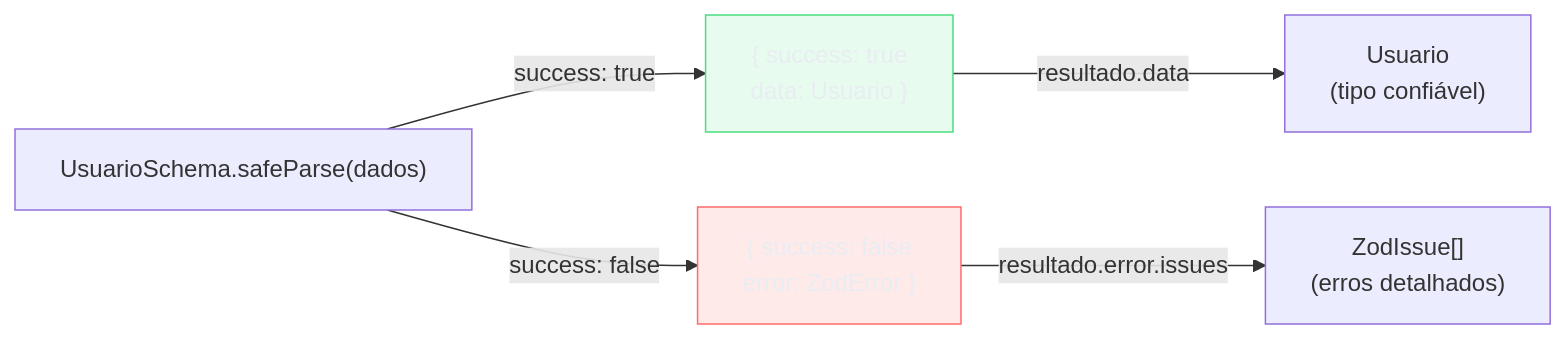
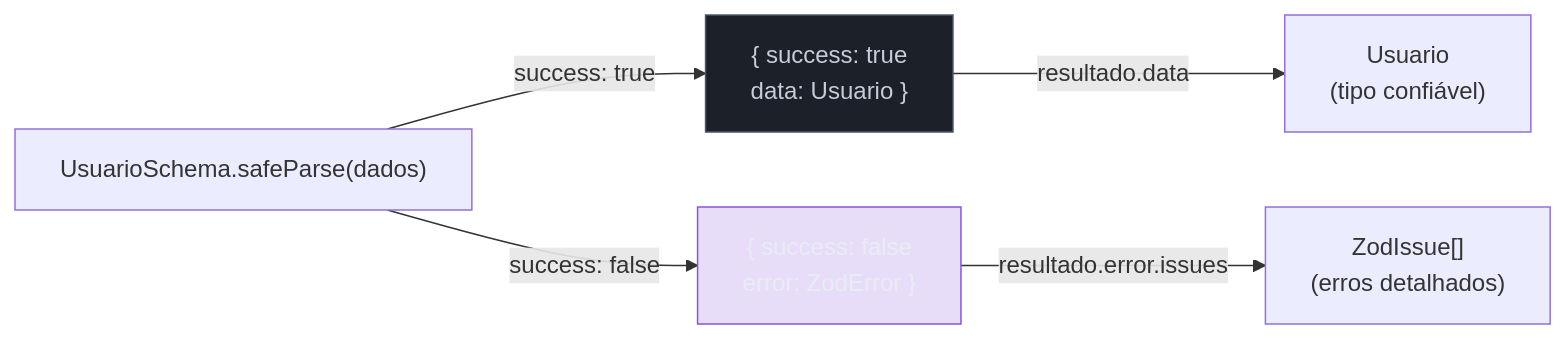
The sixth of 6 diagrams in 03-Dominios/Tecnologia/TypeScript/23 - A fronteira type↔runtime - parse, don't validate.md (josenaldo/codex-technomanticus), drawn with Mermaid before and after one commit. The commit also changed other lines of this file and 601 other files, not shown here.

````diff
--- a/03-Dominios/Tecnologia/TypeScript/23 - A fronteira type↔runtime - parse, don't validate.md
+++ b/03-Dominios/Tecnologia/TypeScript/23 - A fronteira type↔runtime - parse, don't validate.md
@@ -618,15 +618,15 @@
 ```mermaid
 flowchart LR
-    classDef ok fill:#4ADE8021,stroke:#4ADE80,color:#E9ECF2
-    classDef falha fill:#FF6B6B24,stroke:#FF6B6B,color:#E9ECF2
+    classDef marca fill:#8855DF33,stroke:#8855DF,color:#E9ECF2
+    classDef neutro fill:#1B2029,stroke:#4E5666,color:#C6CCD8
     SP["UsuarioSchema.safeParse(dados)"]
 
     SP -->|"success: true"| OK["{ success: true\n  data: Usuario }"]
     SP -->|"success: false"| ERR["{ success: false\n  error: ZodError }"]
 
     OK -->|"resultado.data"| TYPED["Usuario\n(tipo confiável)"]
     ERR -->|"resultado.error.issues"| ISSUES["ZodIssue[]\n(erros detalhados)"]
 
-    class OK ok
-    class ERR falha
+    class OK neutro
+    class ERR marca
 ```
````
